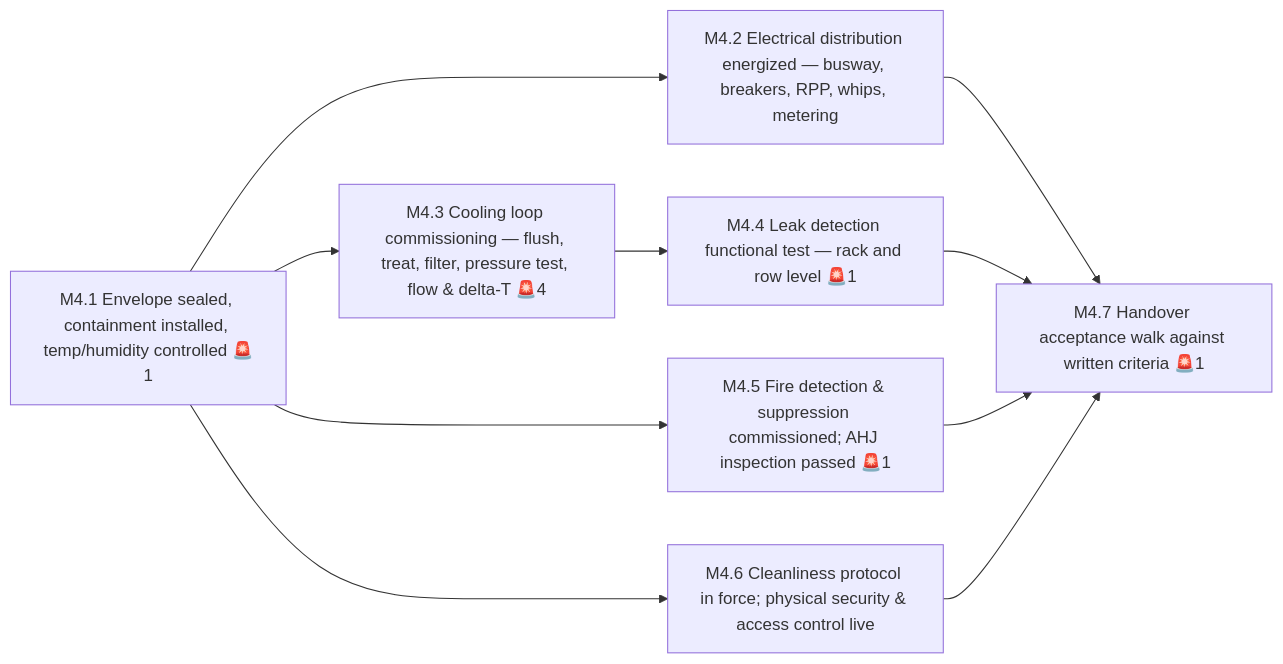
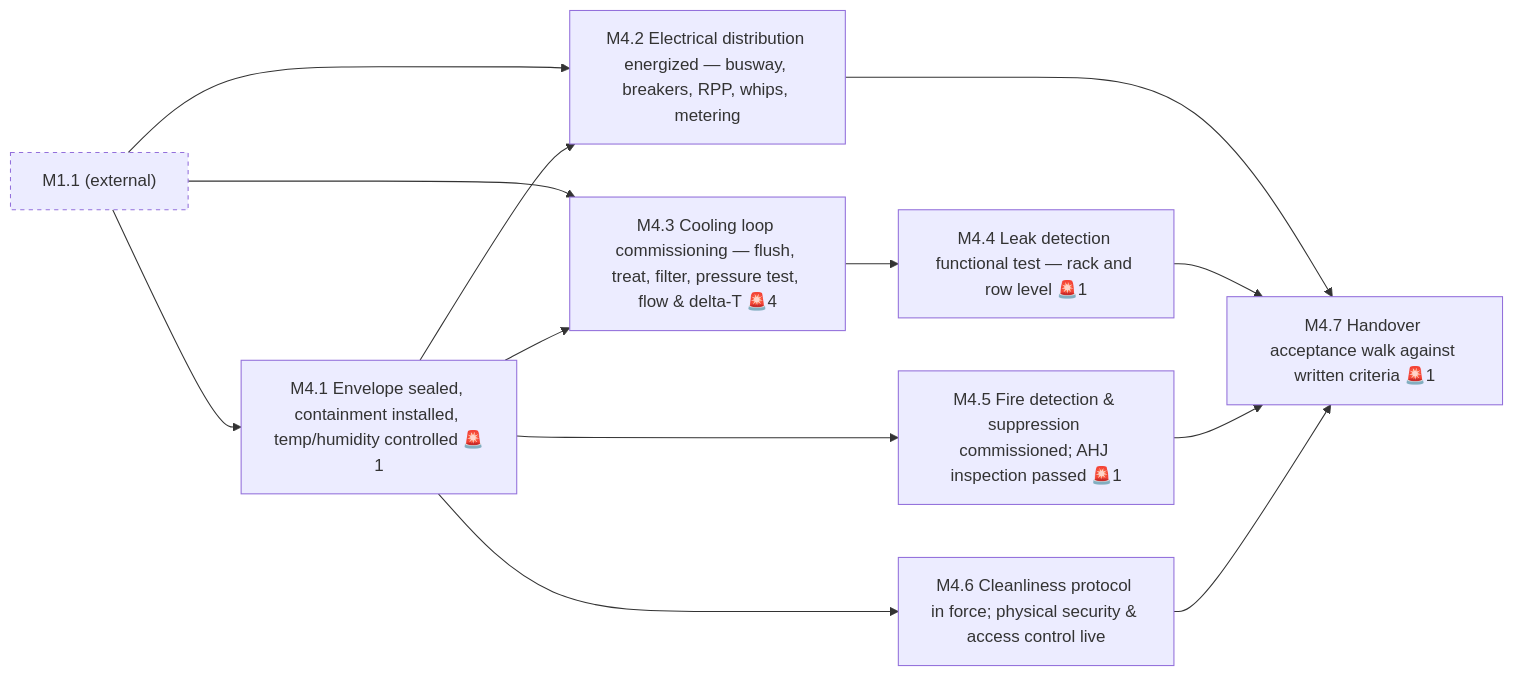
The diagram in content/L1-milestones/M4.md (kalebseymour444-cyber/program-viewer), drawn with Mermaid before and after one commit. The commit also changed other lines of this file and 23 other files, not shown here.

````diff
--- a/content/L1-milestones/M4.md
+++ b/content/L1-milestones/M4.md
@@ -38,19 +38,25 @@
 ```mermaid
 graph LR
     M4_1["M4.1 Envelope sealed, containment installed, temp/humidity controlled 🚨1"]
     M4_2["M4.2 Electrical distribution energized — busway, breakers, RPP, whips, metering"]
     M4_3["M4.3 Cooling loop commissioning — flush, treat, filter, pressure test, flow & delta-T 🚨4"]
     M4_4["M4.4 Leak detection functional test — rack and row level 🚨1"]
     M4_5["M4.5 Fire detection & suppression commissioned; AHJ inspection passed 🚨1"]
     M4_6["M4.6 Cleanliness protocol in force; physical security & access control live"]
     M4_7["M4.7 Handover acceptance walk against written criteria 🚨1"]
+    M1_1 --> M4_1
+    M1_1 --> M4_2
     M4_1 --> M4_2
+    M1_1 --> M4_3
     M4_1 --> M4_3
     M4_3 --> M4_4
     M4_1 --> M4_5
     M4_1 --> M4_6
     M4_2 --> M4_7
     M4_4 --> M4_7
     M4_5 --> M4_7
     M4_6 --> M4_7
+    M1_1["M1.1 (external)"]
+    classDef external stroke-dasharray:4
+    class M1_1 external
 ```
````
